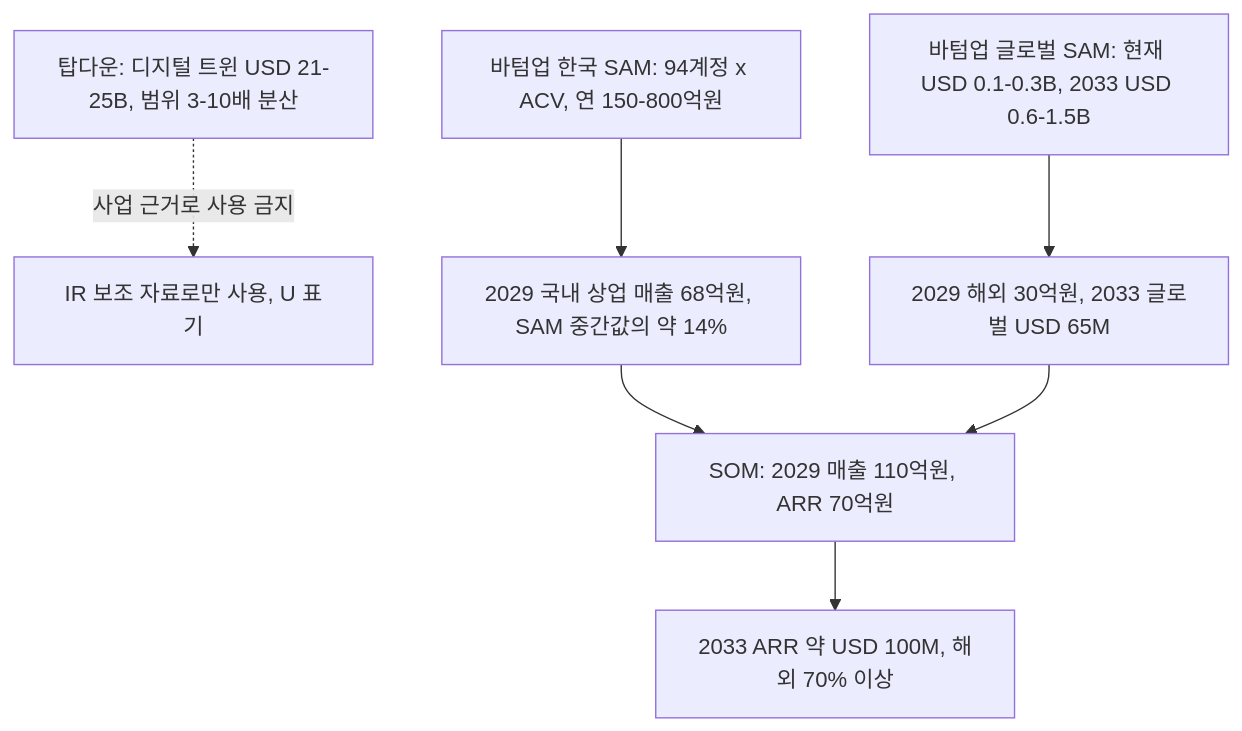
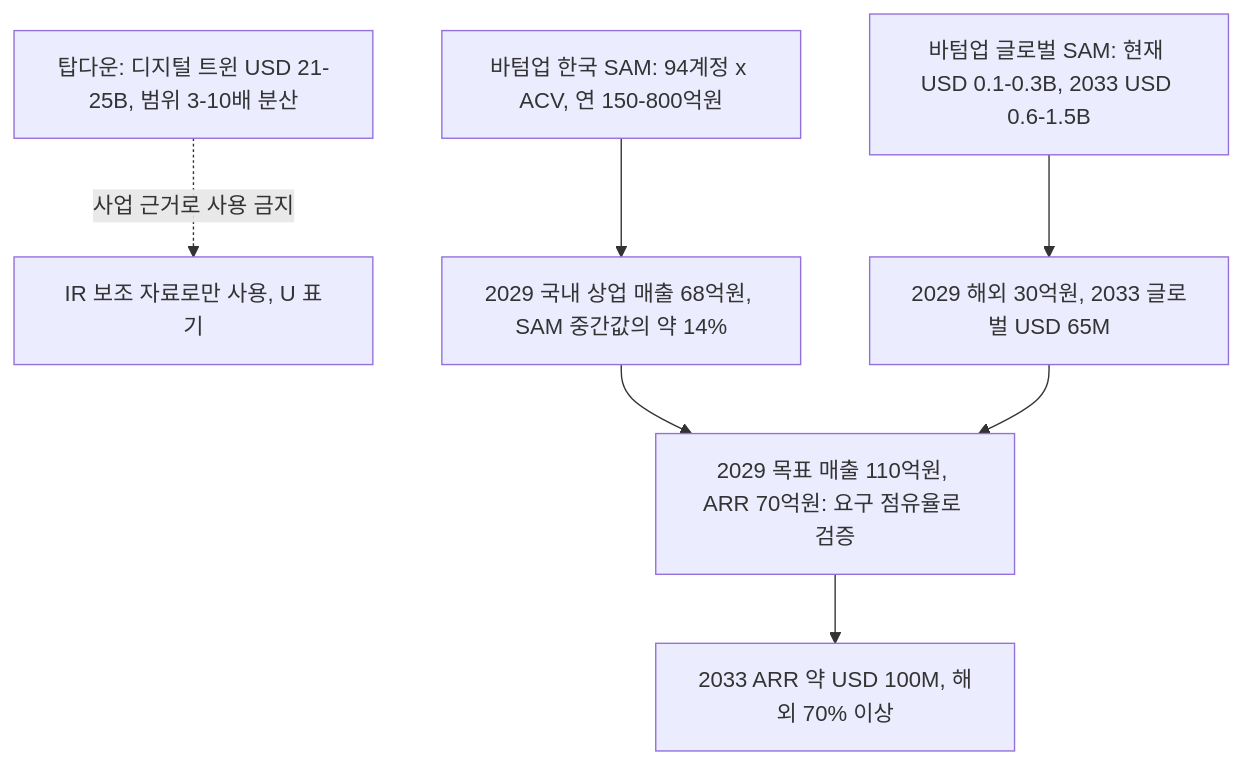
The first of 5 diagrams in docs/digital-twin-platform/02-market-competition.md (ouremployeeces-ship-it/AIResearch), drawn with Mermaid before and after one commit. The commit also changed other lines of this file and 14 other files, not shown here.

````diff
--- a/docs/digital-twin-platform/02-market-competition.md
+++ b/docs/digital-twin-platform/02-market-competition.md
@@ -94,9 +95,9 @@
 ```mermaid
 flowchart TB
     T1["탑다운: 디지털 트윈 USD 21-25B, 범위 3-10배 분산"] -.->|"사업 근거로 사용 금지"| X["IR 보조 자료로만 사용, U 표기"]
     B1["바텀업 한국 SAM: 94계정 x ACV, 연 150-800억원"] --> S1["2029 국내 상업 매출 68억원, SAM 중간값의 약 14%"]
     B2["바텀업 글로벌 SAM: 현재 USD 0.1-0.3B, 2033 USD 0.6-1.5B"] --> S2["2029 해외 30억원, 2033 글로벌 USD 65M"]
-    S1 --> SOM["SOM: 2029 매출 110억원, ARR 70억원"]
-    S2 --> SOM
-    SOM --> P["2033 ARR 약 USD 100M, 해외 70% 이상"]
+    S1 --> TGT["2029 목표 매출 110억원, ARR 70억원: 요구 점유율로 검증"]
+    S2 --> TGT
+    TGT --> P["2033 ARR 약 USD 100M, 해외 70% 이상"]
 ```
````
